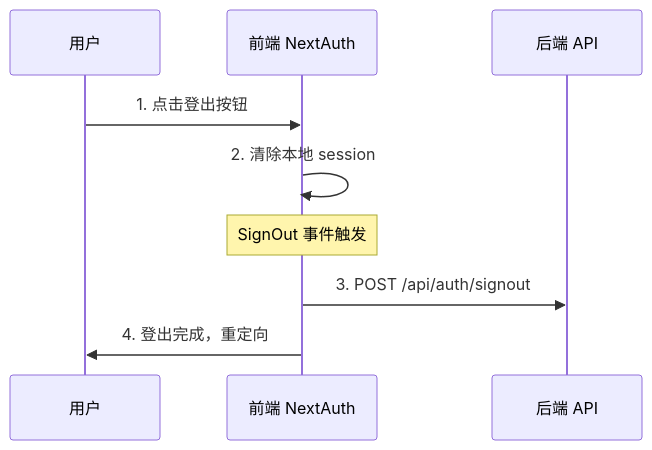
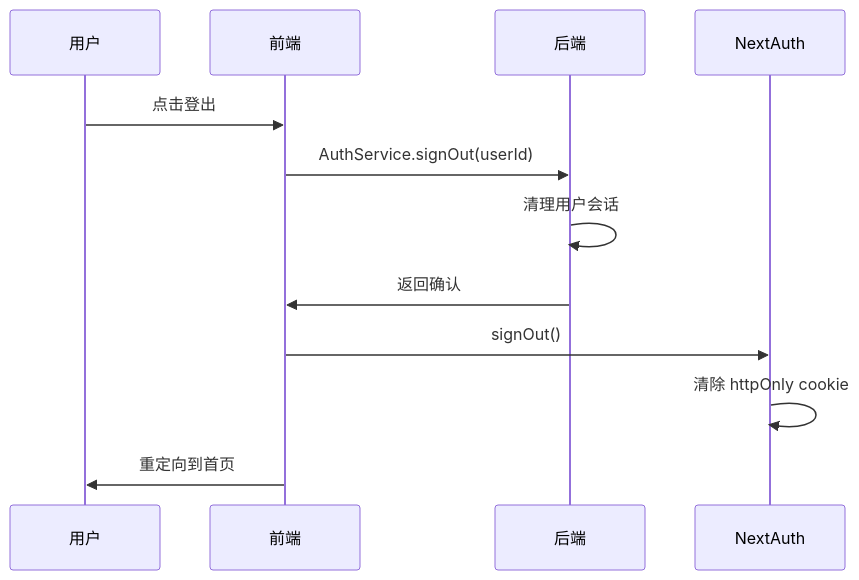
Before and after one commit to indulgeback/telos: the third of 3 diagrams in apps/web/docs/认证流程.md, drawn with Mermaid. The commit also changed other lines of this file and 2 other files, not shown here.

````diff
--- a/apps/web/docs/认证流程.md
+++ b/apps/web/docs/认证流程.md
@@ -64,14 +144,15 @@
 ```mermaid
 sequenceDiagram
     participant U as 用户
-    participant F as 前端 NextAuth
-    participant B as 后端 API
+    participant F as 前端
+    participant B as 后端
+    participant N as NextAuth
 
-    U->>F: 1. 点击登出按钮
-    F->>F: 2. 清除本地 session
-
-    Note over F: SignOut 事件触发
-    F->>B: 3. POST /api/auth/signout
-
-    F->>U: 4. 登出完成，重定向
+    U->>F: 点击登出
+    F->>B: AuthService.signOut(userId)
+    B->>B: 清理用户会话
+    B->>F: 返回确认
+    F->>N: signOut()
+    N->>N: 清除 httpOnly cookie
+    F->>U: 重定向到首页
 ```
````
